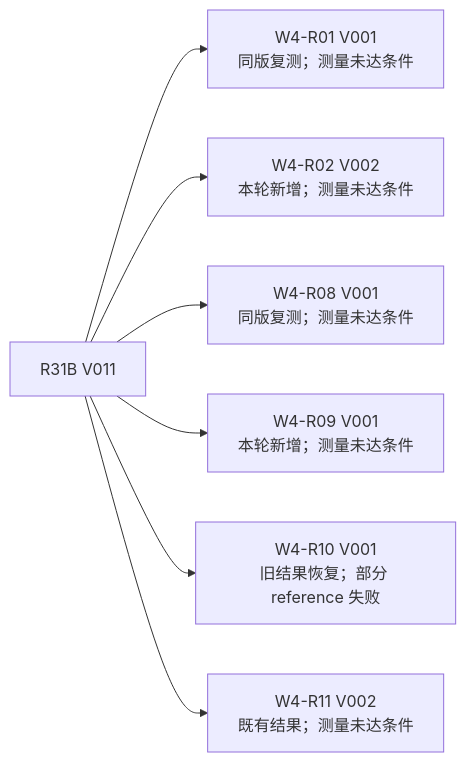
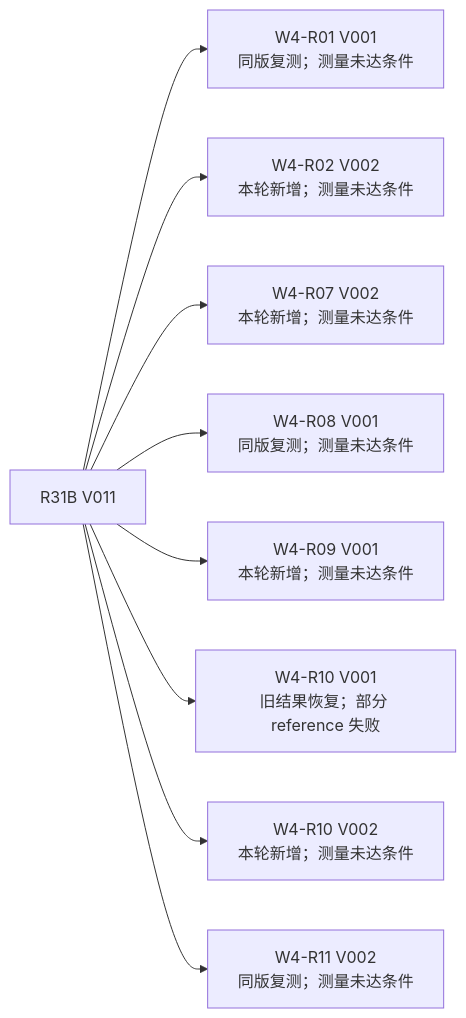
The first of 4 diagrams in 技术路线/技术路线图.md (sxyq/CANN), drawn with Mermaid before and after one commit. The commit also changed other lines of this file and 3 other files, not shown here.

````diff
--- a/技术路线/技术路线图.md
+++ b/技术路线/技术路线图.md
@@ -41,10 +41,12 @@
 ```mermaid
 flowchart LR
   p["R31B V011"]
   p --> r01["W4-R01 V001<br/>同版复测；测量未达条件"]
   p --> r02["W4-R02 V002<br/>本轮新增；测量未达条件"]
+  p --> r07["W4-R07 V002<br/>本轮新增；测量未达条件"]
   p --> r08["W4-R08 V001<br/>同版复测；测量未达条件"]
   p --> r09["W4-R09 V001<br/>本轮新增；测量未达条件"]
   p --> r10["W4-R10 V001<br/>旧结果恢复；部分 reference 失败"]
-  p --> r11["W4-R11 V002<br/>既有结果；测量未达条件"]
+  p --> r10v2["W4-R10 V002<br/>本轮新增；测量未达条件"]
+  p --> r11["W4-R11 V002<br/>同版复测；测量未达条件"]
 ```
````
